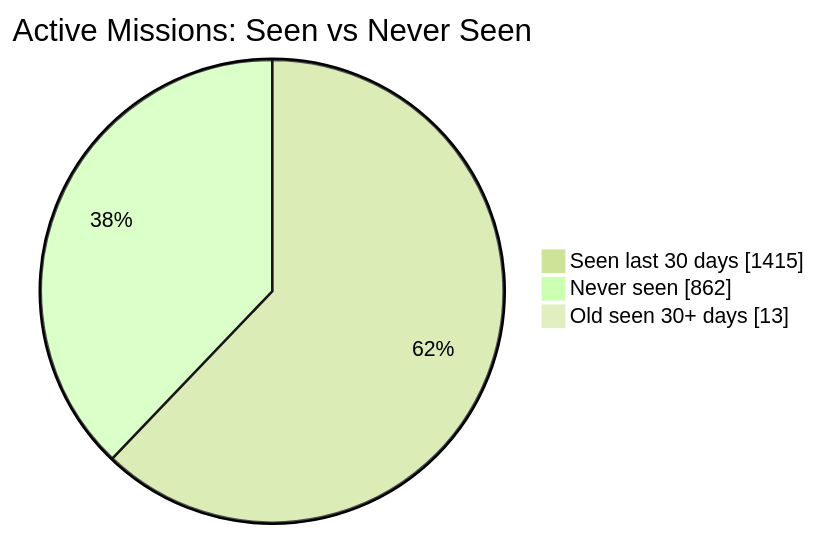
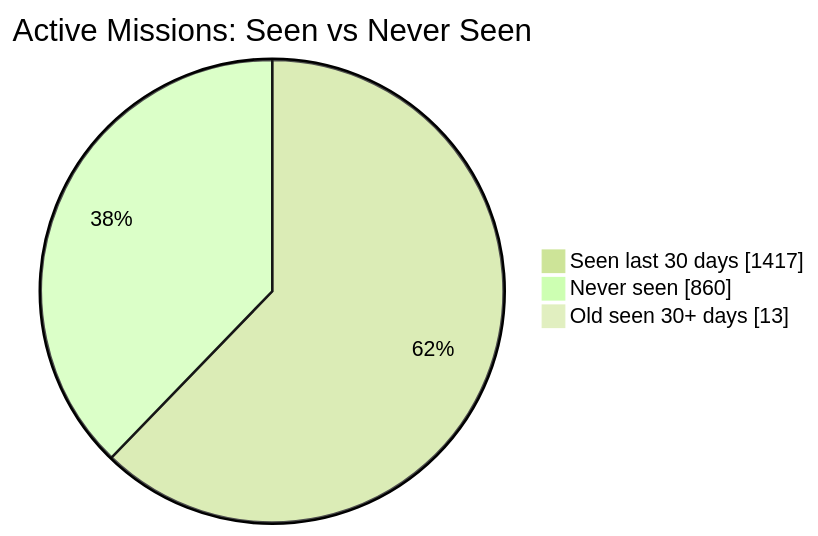
The first of 2 diagrams in README.md (MeldkamerspelGameTeam/active-missions), drawn with Mermaid (forest theme) before and after one commit. The commit also changed other lines of this file and 3 other files, not shown here.

````diff
--- a/README.md
+++ b/README.md
@@ -34,7 +34,7 @@
 ```mermaid
 pie showData
     title Active Missions: Seen vs Never Seen
-    "Seen last 30 days" : 1415
-    "Never seen" : 862
+    "Seen last 30 days" : 1417
+    "Never seen" : 860
     "Old seen 30+ days" : 13
 ```
````
